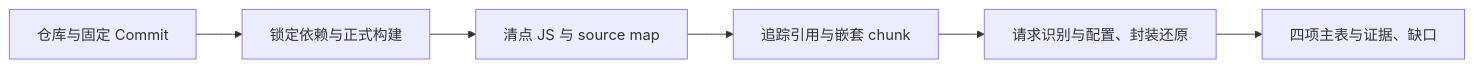
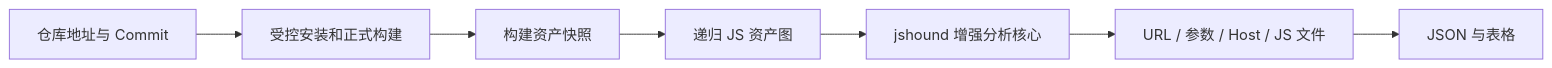
Before and after one commit to luohaijiang789/js-security: the diagram in frontend-api-extractor/README.md, drawn with Mermaid. The commit also changed other lines of this file and 208 other files, not shown here.

````diff
--- a/frontend-api-extractor/README.md
+++ b/frontend-api-extractor/README.md
@@ -21,8 +14,9 @@
 ```mermaid
 flowchart LR
-    A[仓库与固定 Commit] --> B[锁定依赖与正式构建]
-    B --> C[清点 JS 与 source map]
-    C --> D[追踪引用与嵌套 chunk]
-    D --> E[请求识别与配置、封装还原]
-    E --> F[四项主表与证据、缺口]
+    A[仓库地址与 Commit] --> B[受控安装和正式构建]
+    B --> C[构建资产快照]
+    C --> D[递归 JS 资产图]
+    D --> E[jshound 增强分析核心]
+    E --> F[URL / 参数 / Host / JS 文件]
+    F --> G[JSON 与表格]
 ```
````
